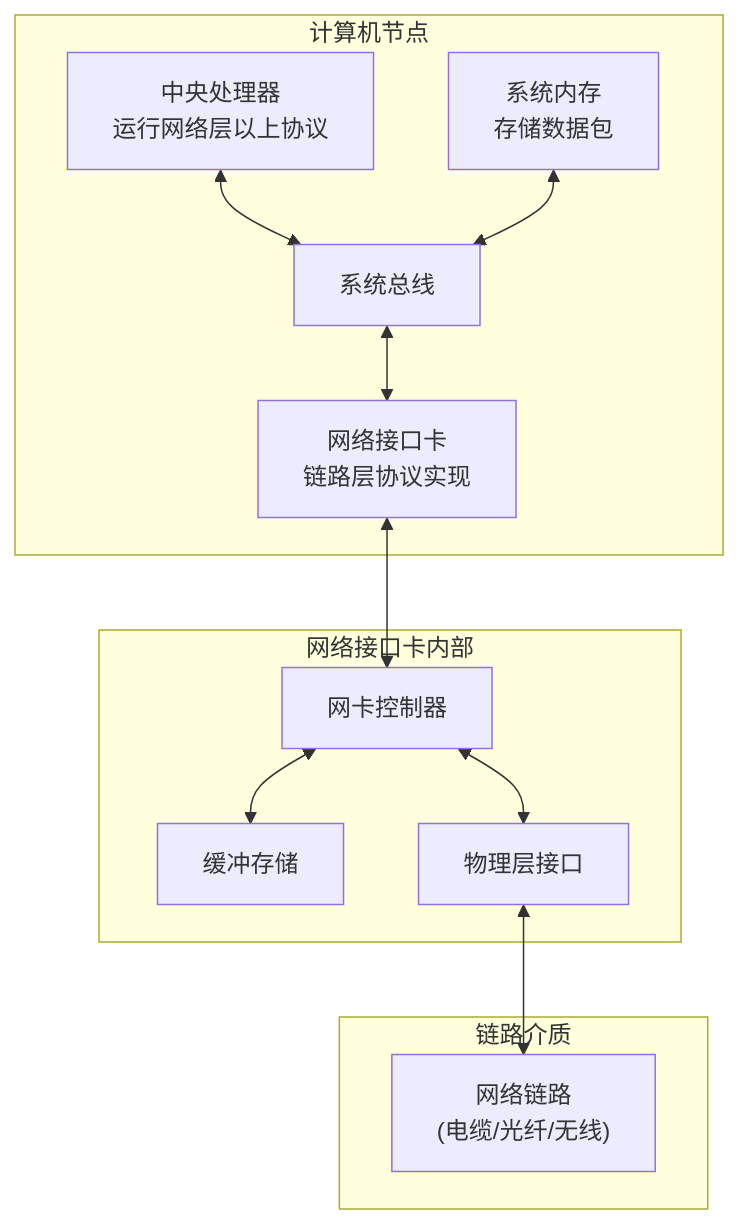
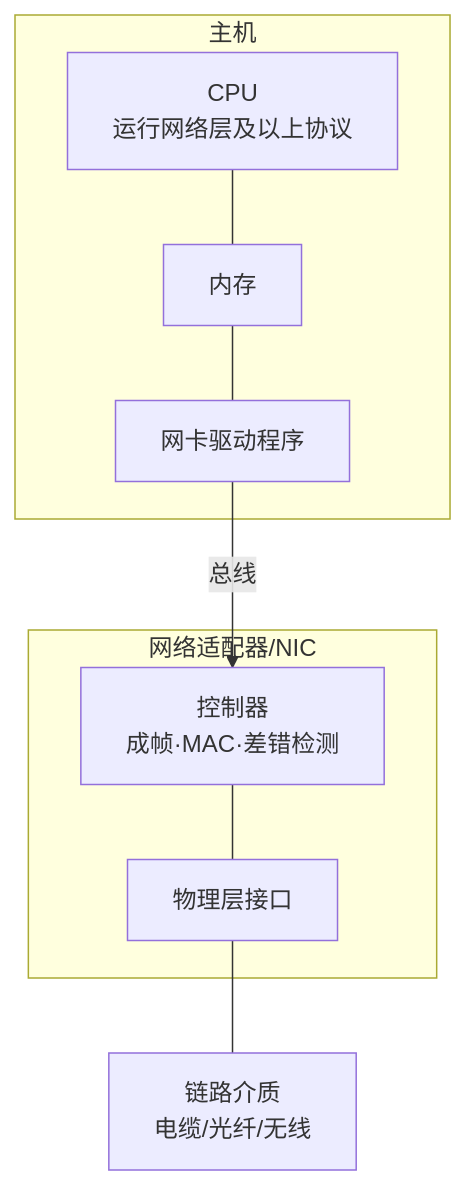
The second of 3 diagrams in 计算机网络/6.1链路层：概述与服务.md (Dtheme/CS-base), drawn with Mermaid before and after one commit. The commit also changed other lines of this file and 51 other files, not shown here.

````diff
--- a/计算机网络/6.1链路层：概述与服务.md
+++ b/计算机网络/6.1链路层：概述与服务.md
@@ -170,28 +146,19 @@
 ```mermaid
 graph TB
-    subgraph "计算机节点"
-        CPU["中央处理器<br/>运行网络层以上协议"]
-        RAM["系统内存<br/>存储数据包"]
-        Bus["系统总线"]
-        NIC["网络接口卡<br/>链路层协议实现"]
+    subgraph 主机
+        CPU[CPU<br/>运行网络层及以上协议]
+        Mem[内存]
+        Driver[网卡驱动程序]
     end
-    
-    subgraph "网络接口卡内部"
-        Controller["网卡控制器"]
-        Buffer["缓冲存储"]
-        PHY["物理层接口"]
+    subgraph 网络适配器/NIC
+        Ctrl[控制器<br/>成帧·MAC·差错检测]
+        PHY[物理层接口]
     end
-    
-    subgraph "链路介质"
-        Link["网络链路<br/>(电缆/光纤/无线)"]
-    end
-    
-    CPU <--> Bus
-    RAM <--> Bus
-    Bus <--> NIC
-    
-    NIC <--> Controller
-    Controller <--> Buffer
-    Controller <--> PHY
-    PHY <--> Link
+    Link[链路介质<br/>电缆/光纤/无线]
+
+    CPU --- Mem
+    Mem --- Driver
+    Driver -->|总线| Ctrl
+    Ctrl --- PHY
+    PHY --- Link
 ```
````
